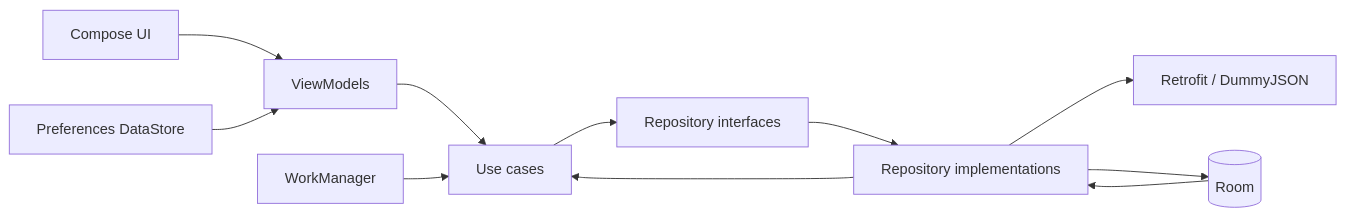
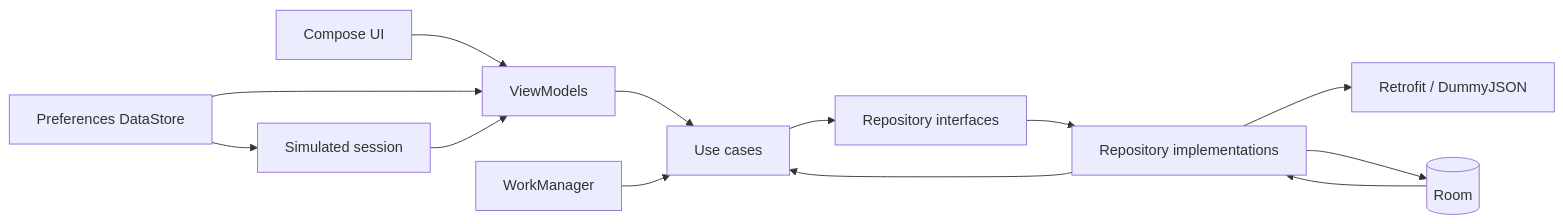
The diagram in README.md (TarasovVP/User_List_App), drawn with Mermaid before and after one commit. The commit also changed other lines of this file and 27 other files, not shown here.

Commit message:
Add authorisation flow

````diff
--- a/README.md
+++ b/README.md
@@ -26,13 +34,15 @@
 ```mermaid
 flowchart LR
     UI[Compose UI] --> VM[ViewModels]
     VM --> UC[Use cases]
     UC --> RI[Repository interfaces]
     RI --> R[Repository implementations]
     R --> API[Retrofit / DummyJSON]
     R --> DB[(Room)]
     DB --> R
     R --> UC
     DS[Preferences DataStore] --> VM
+    DS --> AUTH[Simulated session]
+    AUTH --> VM
     WM[WorkManager] --> UC
 ```
````
